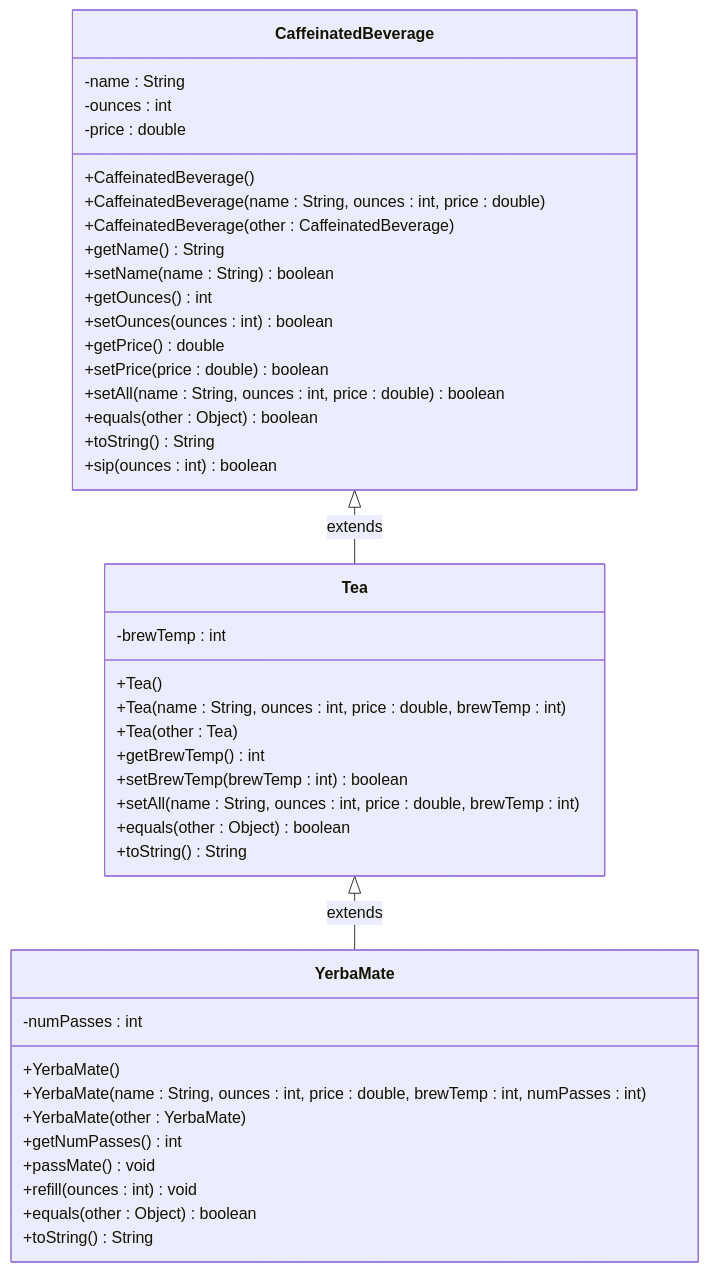
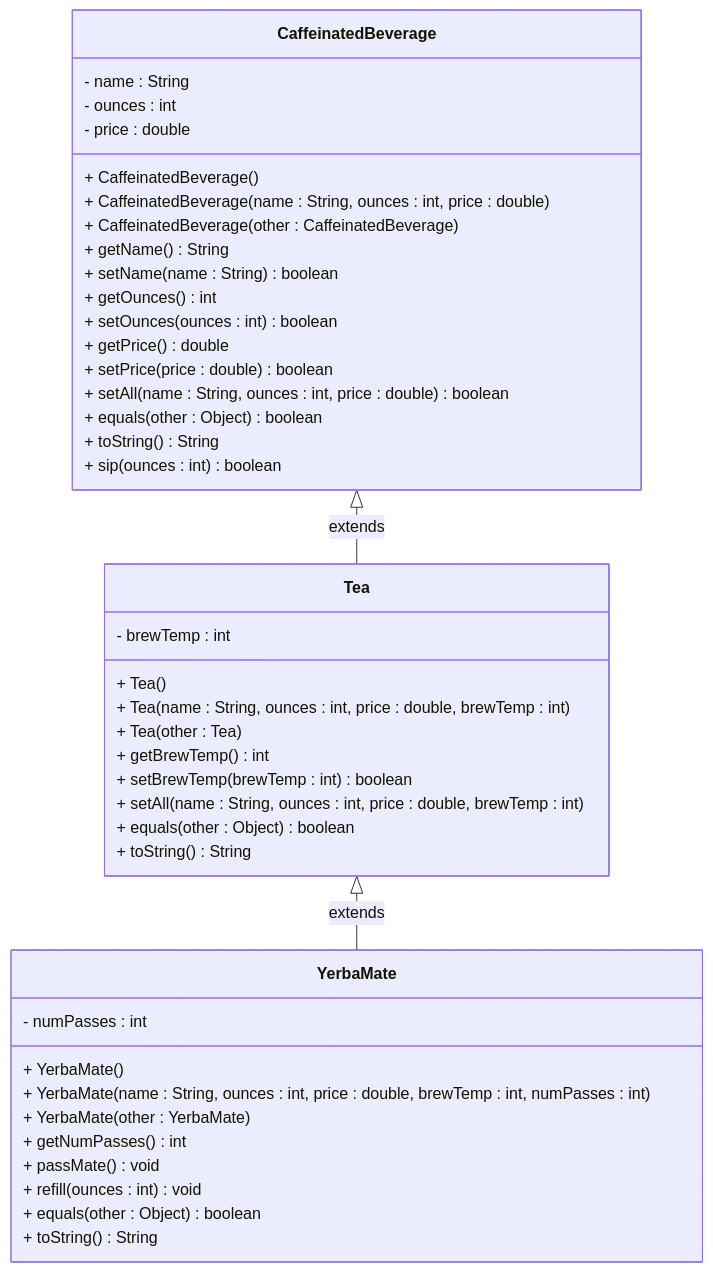
Before and after one commit to MiraCostaCS/CS112-L03-Yerba-Mate-Polymorphism: the diagram in README.md, drawn with Mermaid.

Commit message:
tiny UML update
just adding spaces between specifier and names cause it was bugging me

````diff
--- a/README.md
+++ b/README.md
@@ -9,55 +9,55 @@
 ```mermaid
 classDiagram
     CaffeinatedBeverage <|-- Tea : extends
     Tea <|-- YerbaMate : extends
 
     class CaffeinatedBeverage {
-        -name : String
-        -ounces : int
-        -price : double
+        - name : String
+        - ounces : int
+        - price : double
 
-        +CaffeinatedBeverage()
-        +CaffeinatedBeverage(name : String, ounces : int, price : double)
-        +CaffeinatedBeverage(other : CaffeinatedBeverage)
+        + CaffeinatedBeverage()
+        + CaffeinatedBeverage(name : String, ounces : int, price : double)
+        + CaffeinatedBeverage(other : CaffeinatedBeverage)
 
-        +getName() String
-        +setName(name : String) boolean
-        +getOunces() int
-        +setOunces(ounces : int) boolean
-        +getPrice() double
-        +setPrice(price : double) boolean
-		+setAll(name : String, ounces : int, price : double) boolean
-        +equals(other : Object) boolean
-        +toString() String
+        + getName() String
+        + setName(name : String) boolean
+        + getOunces() int
+        + setOunces(ounces : int) boolean
+        + getPrice() double
+        + setPrice(price : double) boolean
+		+ setAll(name : String, ounces : int, price : double) boolean
+        + equals(other : Object) boolean
+        + toString() String
 
-		+sip(ounces : int) boolean
+		+ sip(ounces : int) boolean
     }
 
     class Tea {
-        -brewTemp : int
+        - brewTemp : int
 
-        +Tea()
-        +Tea(name : String, ounces : int, price : double, brewTemp : int)
-        +Tea(other : Tea)
+        + Tea()
+        + Tea(name : String, ounces : int, price : double, brewTemp : int)
+        + Tea(other : Tea)
 
-        +getBrewTemp() int
-        +setBrewTemp(brewTemp : int) boolean
-		+setAll(name : String, ounces : int, price : double, brewTemp : int)
-        +equals(other : Object) boolean
-        +toString() String
+        + getBrewTemp() int
+        + setBrewTemp(brewTemp : int) boolean
+		+ setAll(name : String, ounces : int, price : double, brewTemp : int)
+        + equals(other : Object) boolean
+        + toString() String
     }
 
     class YerbaMate {
-        -numPasses : int
+        - numPasses : int
 
-        +YerbaMate()
-        +YerbaMate(name : String, ounces : int, price : double, brewTemp : int, numPasses : int)
-        +YerbaMate(other : YerbaMate)
+        + YerbaMate()
+        + YerbaMate(name : String, ounces : int, price : double, brewTemp : int, numPasses : int)
+        + YerbaMate(other : YerbaMate)
 
-        +getNumPasses() int
-		+passMate() void
-		+refill(ounces : int) void
-        +equals(other : Object) boolean
-        +toString() String
+        + getNumPasses() int
+		+ passMate() void
+		+ refill(ounces : int) void
+        + equals(other : Object) boolean
+        + toString() String
     }
 ```
````
